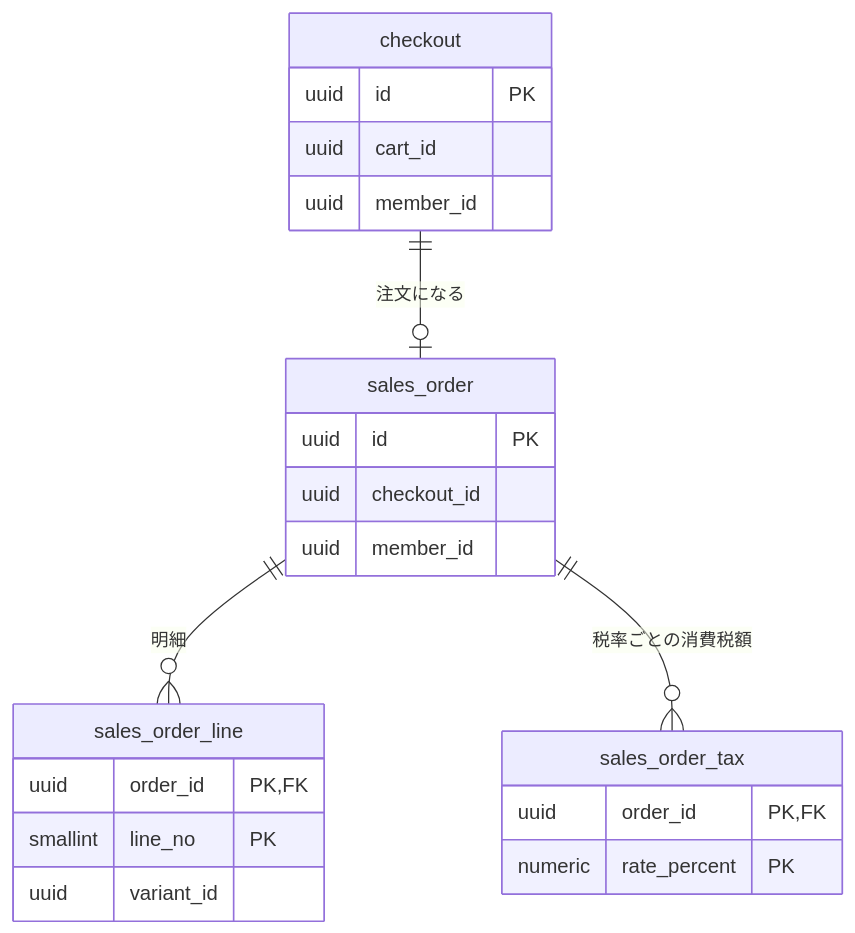
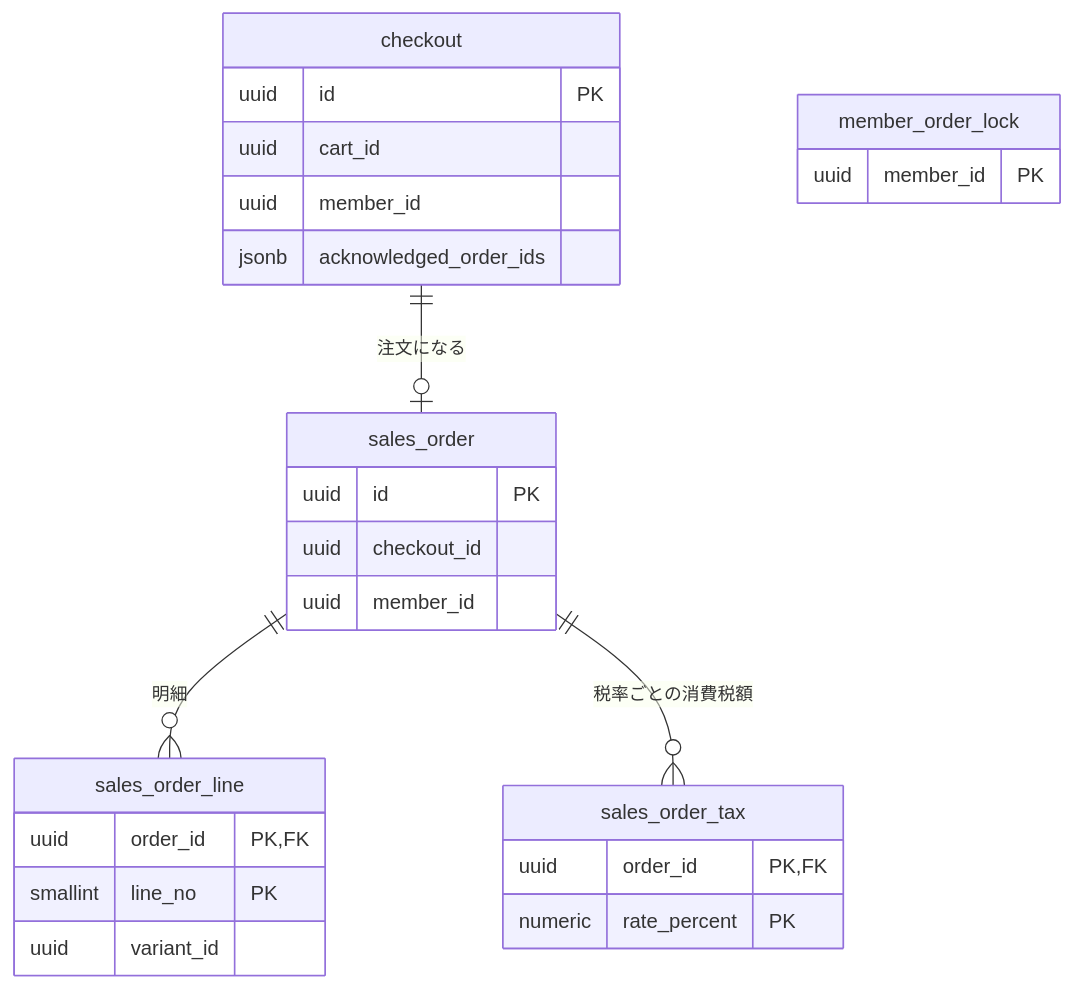
Before and after one commit to roger88106/ec-site: the second of 2 diagrams in docs/03-機能仕様/order.md, drawn with Mermaid. The commit also changed other lines of this file and 7 other files, not shown here.

````diff
--- a/docs/03-機能仕様/order.md
+++ b/docs/03-機能仕様/order.md
@@ -156,25 +180,29 @@
 ```mermaid
 erDiagram
     checkout {
         uuid id PK
         uuid cart_id
         uuid member_id
+        jsonb acknowledged_order_ids
+    }
+    member_order_lock {
+        uuid member_id PK
     }
     sales_order {
         uuid id PK
         uuid checkout_id
         uuid member_id
     }
     sales_order_line {
         uuid order_id PK, FK
         smallint line_no PK
         uuid variant_id
     }
     sales_order_tax {
         uuid order_id PK, FK
         numeric rate_percent PK
     }
     checkout ||--o| sales_order : "注文になる"
     sales_order ||--o{ sales_order_line : "明細"
     sales_order ||--o{ sales_order_tax : "税率ごとの消費税額"
 ```
````
